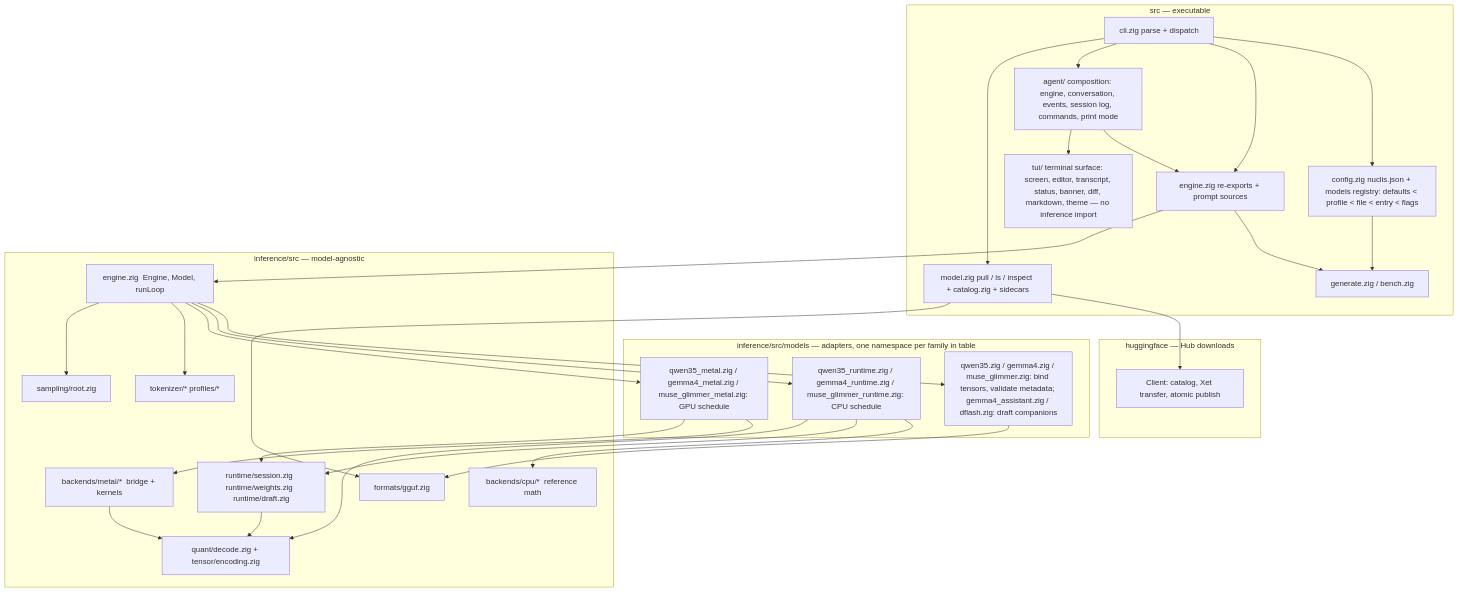
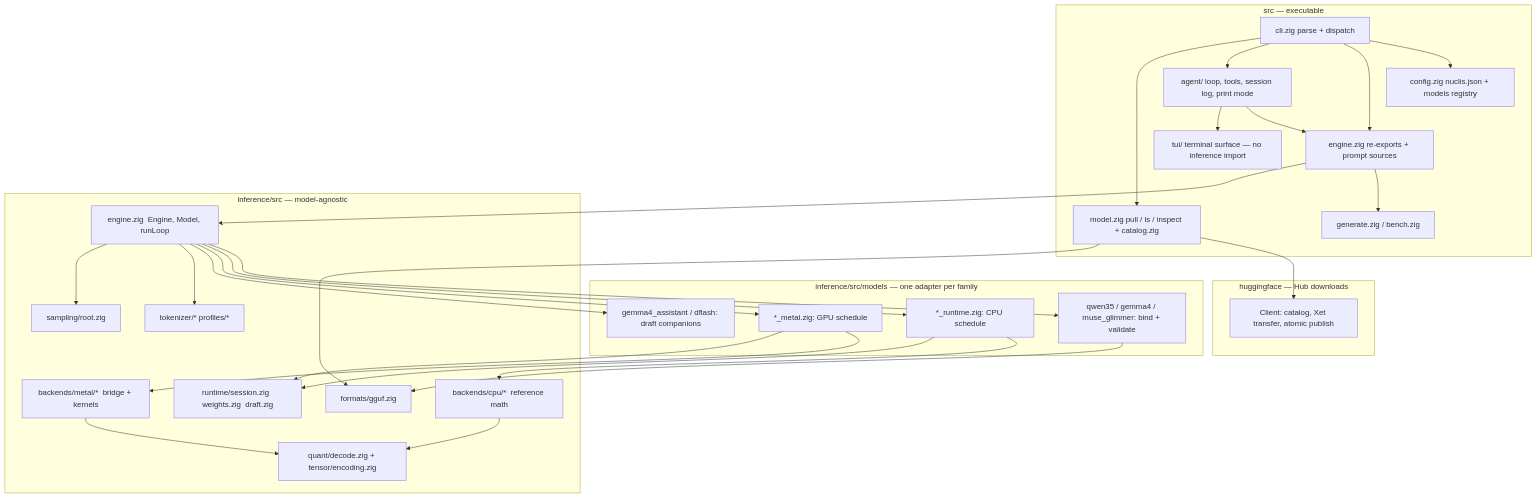
The second of 10 diagrams in docs/architecture.md (tildaslashalef/nuclis), drawn with Mermaid before and after one commit. The commit also changed other lines of this file and 1 other file, not shown here.

Commit message:
docs(repo): the architecture guide as a map: tables, bullets, and pointers, no identifiers in prose (REPO-12)

````diff
--- a/docs/architecture.md
+++ b/docs/architecture.md
@@ -80,54 +70,54 @@
 ```mermaid
 flowchart TB
     subgraph exe [src — executable]
         cli[cli.zig parse + dispatch]
-        config[config.zig nuclis.json + models registry: defaults < profile < file < entry < flags]
-        tui[tui/ terminal surface: screen, editor, transcript, status, banner, diff, markdown, theme — no inference import]
-        agent[agent/ composition: engine, conversation, events, session log, commands, print mode]
+        config[config.zig nuclis.json + models registry]
+        tui[tui/ terminal surface — no inference import]
+        agent[agent/ loop, tools, session log, print mode]
         engine[engine.zig re-exports + prompt sources]
         gen[generate.zig / bench.zig]
-        model[model.zig pull / ls / inspect + catalog.zig + sidecars]
+        model[model.zig pull / ls / inspect + catalog.zig]
     end
     subgraph hfpkg [huggingface — Hub downloads]
         hf[Client: catalog, Xet transfer, atomic publish]
     end
-    subgraph models [inference/src/models — adapters, one namespace per family in table]
-        bind[qwen35.zig / gemma4.zig / muse_glimmer.zig: bind tensors, validate metadata; gemma4_assistant.zig / dflash.zig: draft companions]
-        rt[qwen35_runtime.zig / gemma4_runtime.zig / muse_glimmer_runtime.zig: CPU schedule]
-        plan[qwen35_metal.zig / gemma4_metal.zig / muse_glimmer_metal.zig: GPU schedule]
+    subgraph models [inference/src/models — one adapter per family]
+        bind[qwen35 / gemma4 / muse_glimmer: bind + validate]
+        rt[*_runtime.zig: CPU schedule]
+        plan[*_metal.zig: GPU schedule]
+        draft[gemma4_assistant / dflash: draft companions]
     end
     subgraph shared [inference/src — model-agnostic]
         gguf[formats/gguf.zig]
         quant[quant/decode.zig + tensor/encoding.zig]
         tok[tokenizer/*  profiles/*]
-        sess[runtime/session.zig  runtime/weights.zig  runtime/draft.zig]
+        sess[runtime/session.zig  weights.zig  draft.zig]
         eng[engine.zig  Engine, Model, runLoop]
         samp[sampling/root.zig]
         cpu[backends/cpu/*  reference math]
         metal[backends/metal/*  bridge + kernels]
     end
     cli --> config
     cli --> engine
     cli --> agent
     cli --> model
     model --> hf
     model --> gguf
-    config --> gen
     agent --> engine
     agent --> tui
     engine --> gen
     engine --> eng
     eng --> bind
     eng --> rt
     eng --> plan
+    eng --> draft
     eng --> tok
     eng --> samp
     bind --> gguf
     rt --> cpu
     rt --> sess
-    rt --> quant
     plan --> metal
     plan --> sess
     metal --> quant
-    sess --> quant
+    cpu --> quant
 ```
````
